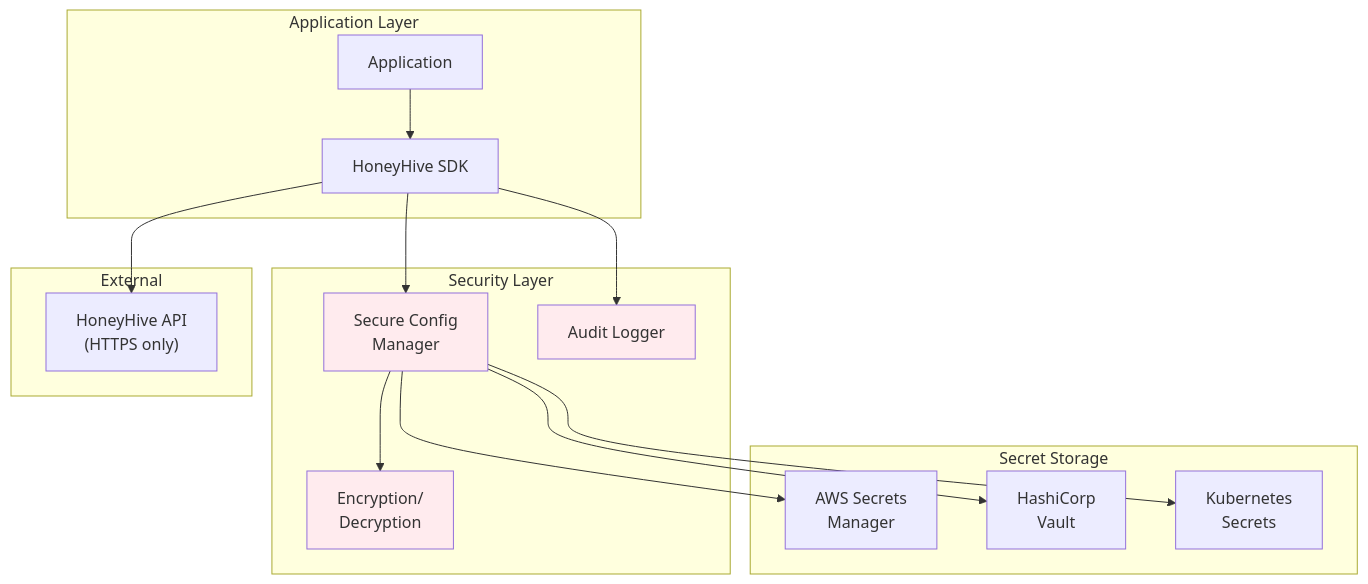
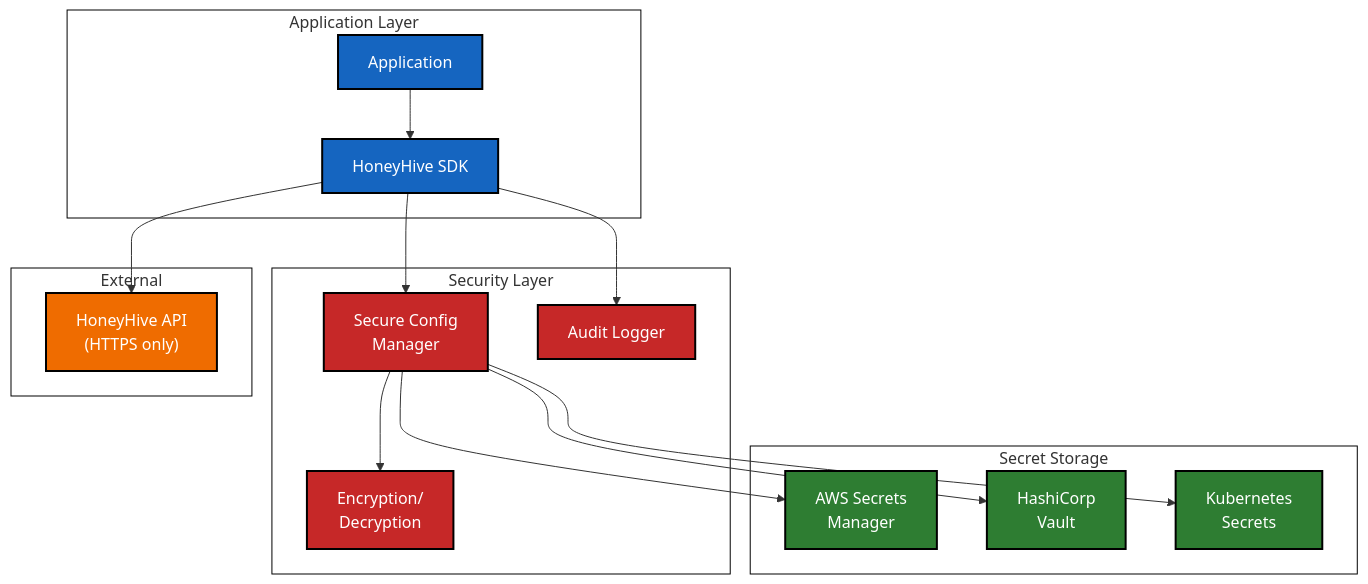
One commit to honeyhiveai/python-sdk changed diagram 13 of 15 in docs/explanation/architecture/diagrams.rst. Above: the diagram before and after it, drawn with Mermaid. The commit also changed other lines of this file and 44 other files, not shown here.

```diff
--- a/docs/explanation/architecture/diagrams.rst
+++ b/docs/explanation/architecture/diagrams.rst
@@ -403,37 +480,44 @@
 .. mermaid::
 
+   %%{init: {'theme':'base', 'themeVariables': {'primaryColor': '#1565c0', 'primaryTextColor': '#ffffff', 'primaryBorderColor': '#000000', 'lineColor': '#333333', 'secondaryColor': '#2e7d32', 'tertiaryColor': '#ef6c00', 'background': 'transparent', 'mainBkg': 'transparent', 'secondBkg': 'transparent', 'nodeBkg': '#1565c0', 'nodeBorder': '#000000', 'clusterBkg': 'transparent', 'clusterBorder': '#000000', 'defaultLinkColor': '#333333', 'titleColor': '#333333', 'edgeLabelBackground': 'transparent', 'nodeTextColor': '#ffffff'}, 'flowchart': {'linkColor': '#333333', 'linkWidth': 2, 'nodeSpacing': 50, 'rankSpacing': 50}}}%%
    graph TD
        subgraph "Application Layer"
            App["Application"]
            SDK["HoneyHive SDK"]
        end
        
        subgraph "Security Layer"
            Config["Secure Config<br/>Manager"]
            Encrypt["Encryption/<br/>Decryption"]
            Audit["Audit Logger"]
        end
        
        subgraph "Secret Storage"
            AWS["AWS Secrets<br/>Manager"]
            Vault["HashiCorp<br/>Vault"]
            K8s["Kubernetes<br/>Secrets"]
        end
        
        subgraph "External"
            HH["HoneyHive API<br/>(HTTPS only)"]
        end
        
        App --> SDK
        SDK --> Config
        Config --> Encrypt
        Config --> AWS
        Config --> Vault
        Config --> K8s
        
        SDK --> Audit
        SDK --> HH
        
-       style Config fill:#ffebee
-       style Encrypt fill:#ffebee
-       style Audit fill:#ffebee
+       classDef appClass fill:#1565c0,stroke:#000000,stroke-width:2px,color:#ffffff
+       classDef securityClass fill:#c62828,stroke:#000000,stroke-width:2px,color:#ffffff
+       classDef storageClass fill:#2e7d32,stroke:#000000,stroke-width:2px,color:#ffffff
+       classDef externalClass fill:#ef6c00,stroke:#000000,stroke-width:2px,color:#ffffff
+       
+       class App,SDK appClass
+       class Config,Encrypt,Audit securityClass
+       class AWS,Vault,K8s storageClass
+       class HH externalClass
```
